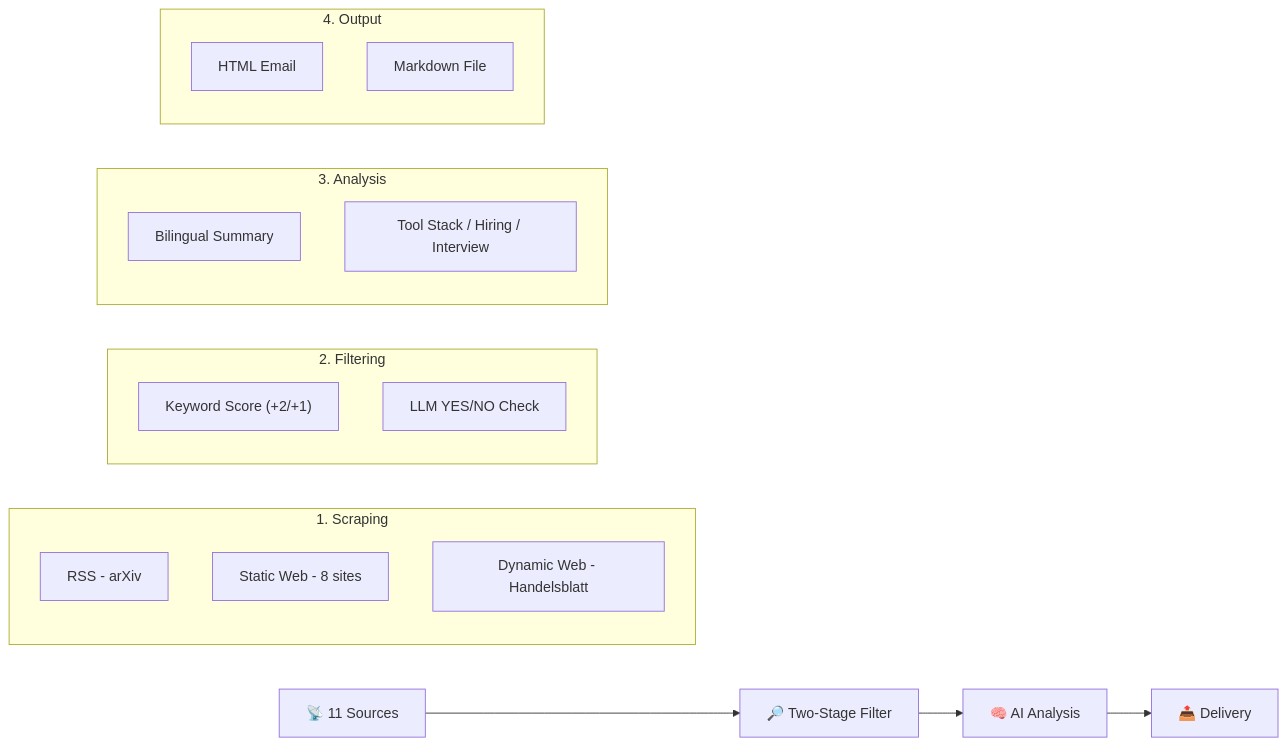
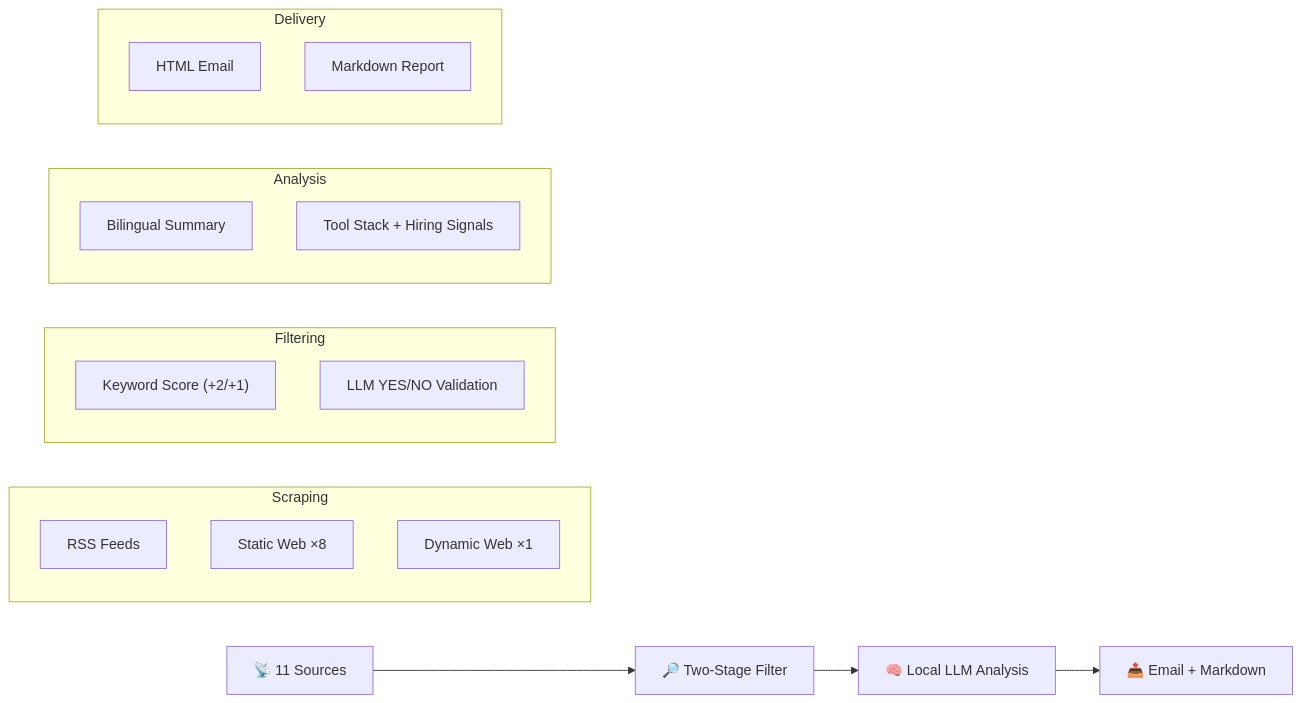
One commit to xuebai12/industrial-ai-news changed the diagram in README.md. Above: the diagram before and after it, drawn with Mermaid. The commit also changed other lines of this file, not shown here.

````diff
--- a/README.md
+++ b/README.md
@@ -251,27 +115,27 @@
 ```mermaid
 graph LR
     A[📡 11 Sources] --> B[🔎 Two-Stage Filter]
-    B --> C[🧠 AI Analysis]
-    C --> D[📤 Delivery]
+    B --> C[🧠 Local LLM Analysis]
+    C --> D[📤 Email + Markdown]
 
-    subgraph "1. Scraping"
-    A1[RSS - arXiv]
-    A2[Static Web - 8 sites]
-    A3[Dynamic Web - Handelsblatt]
+    subgraph Scraping
+    A1[RSS Feeds]
+    A2[Static Web ×8]
+    A3[Dynamic Web ×1]
     end
 
-    subgraph "2. Filtering"
+    subgraph Filtering
     B1["Keyword Score (+2/+1)"]
-    B2[LLM YES/NO Check]
+    B2[LLM YES/NO Validation]
     end
 
-    subgraph "3. Analysis"
+    subgraph Analysis
     C1[Bilingual Summary]
-    C2[Tool Stack / Hiring / Interview]
+    C2[Tool Stack + Hiring Signals]
     end
 
-    subgraph "4. Output"
+    subgraph Delivery
     D1[HTML Email]
-    D2[Markdown File]
+    D2[Markdown Report]
     end
 ```
````
